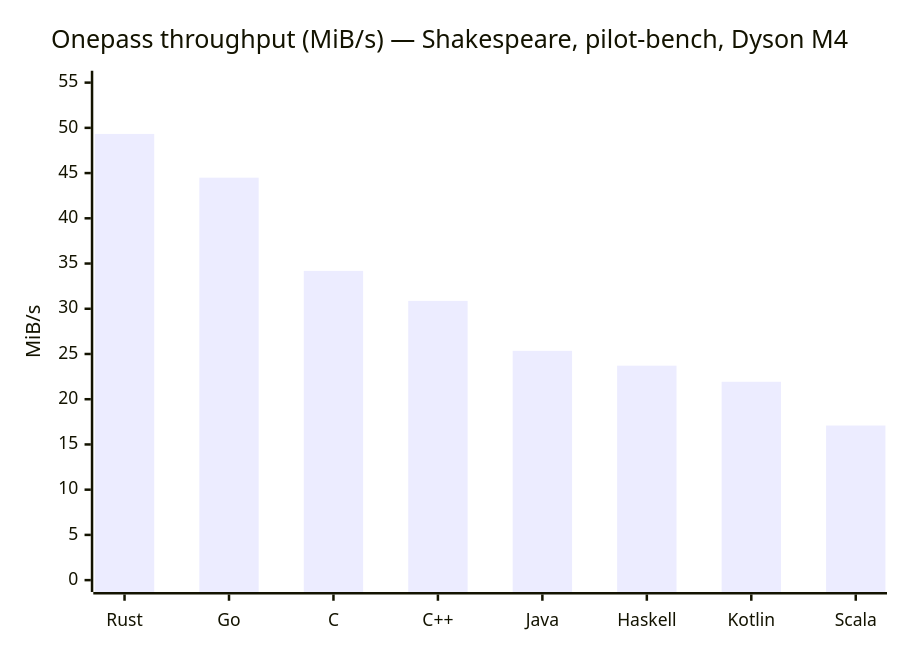
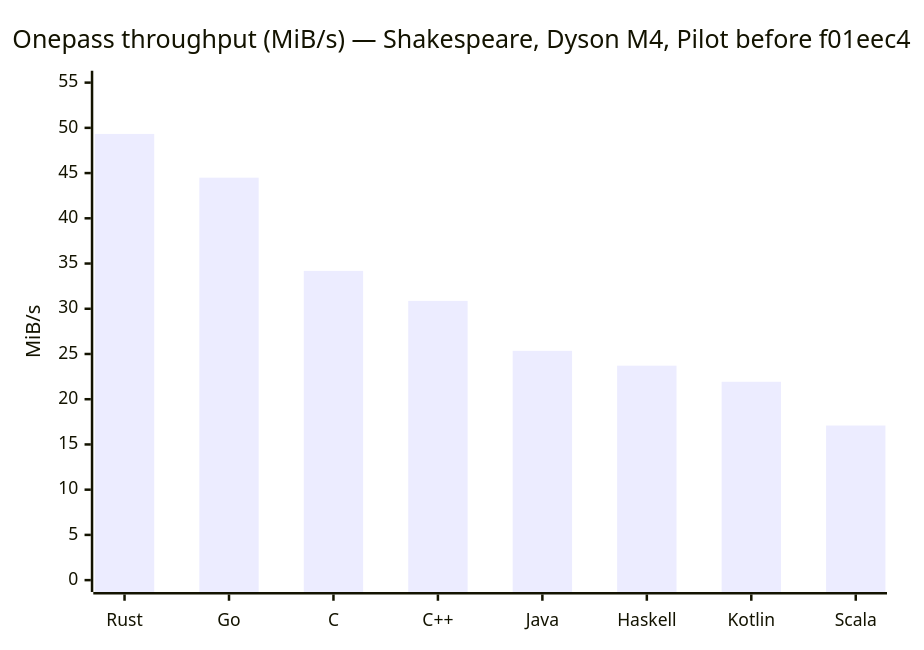
Before and after one commit to darrelllong/Delta-Compression: the third of 10 diagrams in ANALYSIS.md, drawn with Mermaid. The commit also changed other lines of this file and 14 other files, not shown here.

````diff
--- a/ANALYSIS.md
+++ b/ANALYSIS.md
@@ -501,7 +533,7 @@
 ```mermaid
 xychart-beta
-    title "Onepass throughput (MiB/s) — Shakespeare, pilot-bench, Dyson M4"
+    title "Onepass throughput (MiB/s) — Shakespeare, Dyson M4, Pilot before f01eec4"
     x-axis ["Rust", "Go", "C", "C++", "Java", "Haskell", "Kotlin", "Scala"]
     y-axis "MiB/s" 0 --> 55
     bar [49.33, 44.49, 34.19, 30.87, 25.35, 23.71, 21.93, 17.09]
 ```
````
